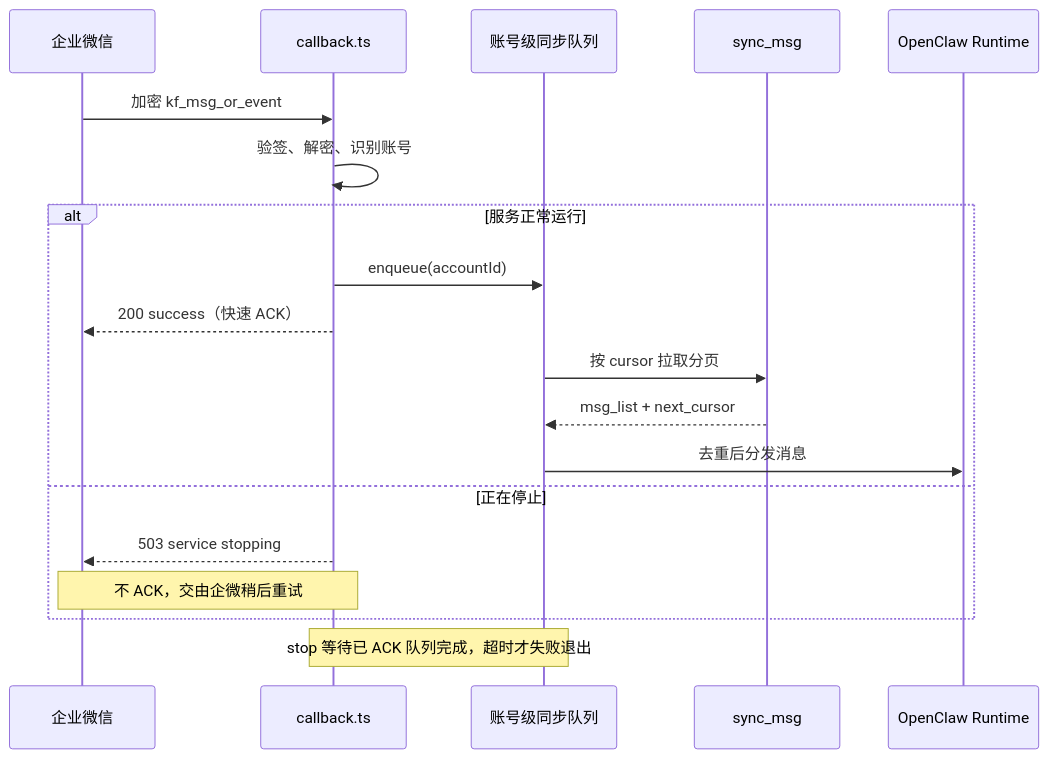
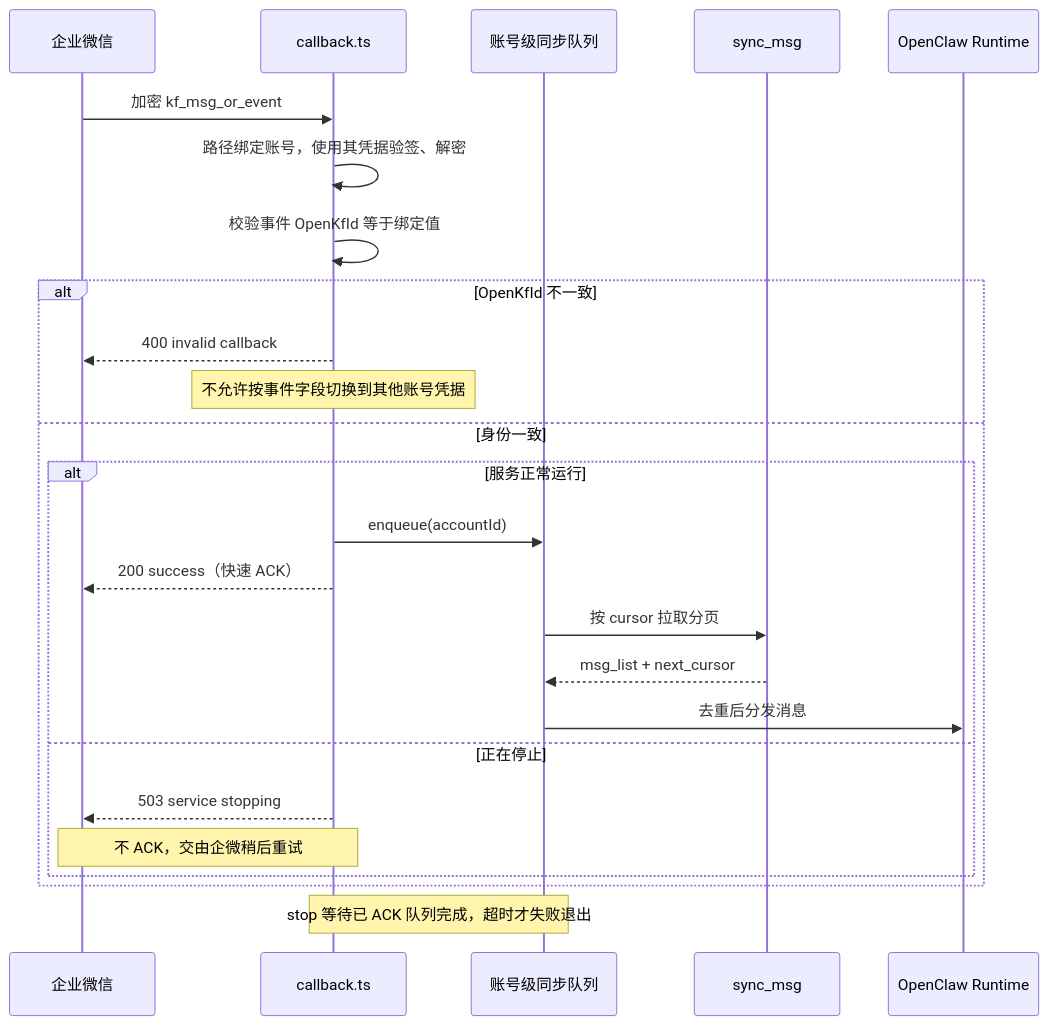
The seventh of 9 diagrams in doc/wecom-kf/OpenClaw-WeCom-KF-Master-Architecture.md (partme-ai/openclaw-plugins), drawn with Mermaid before and after one commit. The commit also changed other lines of this file and 259 other files, not shown here.

````diff
--- a/doc/wecom-kf/OpenClaw-WeCom-KF-Master-Architecture.md
+++ b/doc/wecom-kf/OpenClaw-WeCom-KF-Master-Architecture.md
@@ -659,22 +664,28 @@
 ```mermaid
 sequenceDiagram
   participant WW as 企业微信
   participant HTTP as callback.ts
   participant Q as 账号级同步队列
   participant API as sync_msg
   participant GW as OpenClaw Runtime
 
   WW->>HTTP: 加密 kf_msg_or_event
-  HTTP->>HTTP: 验签、解密、识别账号
-  alt 服务正常运行
-    HTTP->>Q: enqueue(accountId)
-    HTTP-->>WW: 200 success（快速 ACK）
-    Q->>API: 按 cursor 拉取分页
-    API-->>Q: msg_list + next_cursor
-    Q->>GW: 去重后分发消息
-  else 正在停止
-    HTTP-->>WW: 503 service stopping
-    Note over WW,HTTP: 不 ACK，交由企微稍后重试
+  HTTP->>HTTP: 路径绑定账号，使用其凭据验签、解密
+  HTTP->>HTTP: 校验事件 OpenKfId 等于绑定值
+  alt OpenKfId 不一致
+    HTTP-->>WW: 400 invalid callback
+    Note over HTTP: 不允许按事件字段切换到其他账号凭据
+  else 身份一致
+    alt 服务正常运行
+      HTTP->>Q: enqueue(accountId)
+      HTTP-->>WW: 200 success（快速 ACK）
+      Q->>API: 按 cursor 拉取分页
+      API-->>Q: msg_list + next_cursor
+      Q->>GW: 去重后分发消息
+    else 正在停止
+      HTTP-->>WW: 503 service stopping
+      Note over WW,HTTP: 不 ACK，交由企微稍后重试
+    end
   end
   Note over HTTP,Q: stop 等待已 ACK 队列完成，超时才失败退出
 ```
````
